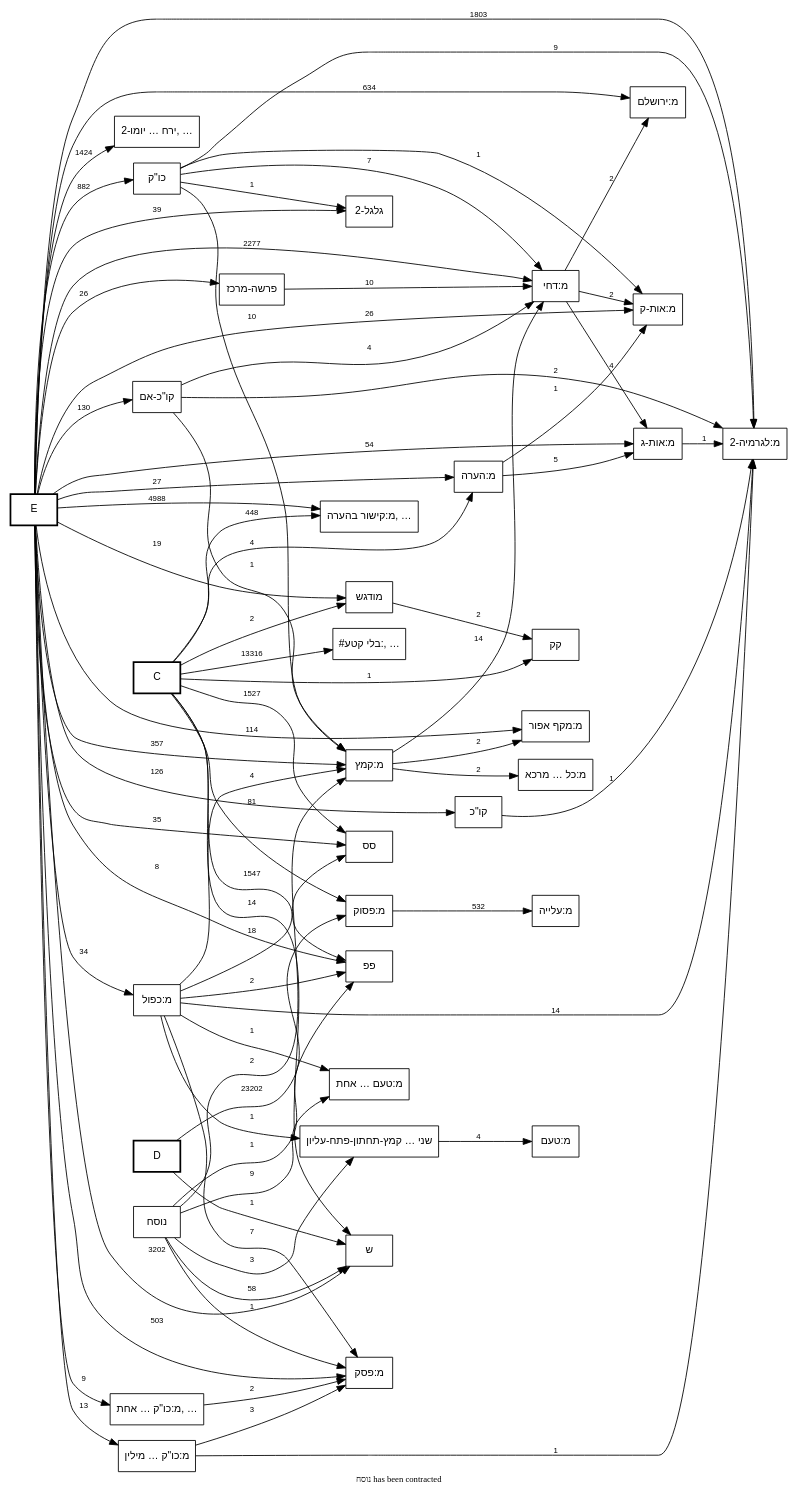
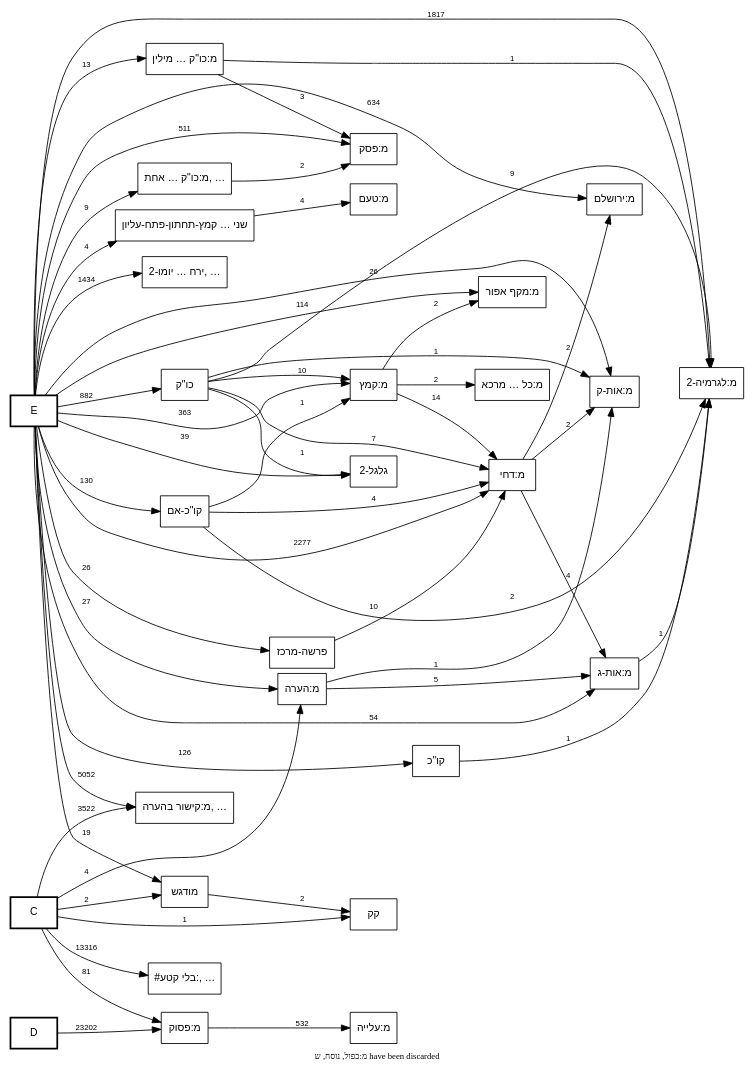
One commit to bdenckla/MAM-basics changed the diagram in out/MAM-tmpl-survey/plain-call-graph.dot. Above: the diagram before and after it, drawn with Graphviz. The commit also changed 13 other files, not shown here.

First line of the commit message:
Add focused call graphs for נוסח and מ:כפול, deep-discard מ:הערה

```diff
--- a/out/MAM-tmpl-survey/plain-call-graph.dot
+++ b/out/MAM-tmpl-survey/plain-call-graph.dot
@@ -1,183 +1,165 @@
 digraph template_call_graph {
     rankdir=LR;
     node [fontname="SBL Hebrew,Helvetica", fontsize=12];
     edge [fontname="Helvetica", fontsize=9];
 
     // Column nodes
     node [shape=box, style=bold];
     "C";
     "D";
     "E";
 
     // Template nodes
     node [shape=box, style=""];
     "#בלי קטע:" [label="#בלי קטע:, …", tooltip="#בלי קטע:
 #בלי קטע:דברי הימים א טז/טעמים
 #בלי קטע:דברים לב/טעמים
 #בלי קטע:יהושע יב/טעמים
 #בלי קטע:מלכי כנען/צורת השיר
 #בלי קטע:עשרת בני המן/צורת השיר
 #בלי קטע:שופטים ה/טעמים
 #בלי קטע:שירת אסף/צורת השיר
 #בלי קטע:שירת דבורה/צורת השיר
 #בלי קטע:שירת דוד/צורת השיר
 #בלי קטע:שירת האזינו/צורת השיר
 #בלי קטע:שירת הים/צורת השיר
 #בלי קטע:שירת העתים/צורת השיר
 #בלי קטע:שמואל ב כב/טעמים
 #בלי קטע:שמות טו/טעמים
 #קטע:אסתר ט/טעמים
 #קטע:דברי הימים א טז/טעמים
 #קטע:דברים לב/טעמים
 #קטע:יהושע יב/טעמים
 #קטע:מלכי כנען/צורות נוספות
 #קטע:מלכי כנען/צורת השיר
 #קטע:עשרת בני המן/צורות נוספות
 #קטע:עשרת בני המן/צורת השיר
 #קטע:עשרת הדברות בסיס/טעמים
 #קטע:עשרת הדברות/טעמים
 #קטע:קהלת ג/טעמים
 #קטע:שירת אסף/צורות נוספות
 #קטע:שירת אסף/צורת השיר
 #קטע:שירת דבורה/צורות נוספות
 #קטע:שירת דבורה/צורת השיר
 #קטע:שירת דוד/צורות נוספות
 #קטע:שירת דוד/צורת השיר
 #קטע:שירת האזינו/צורות נוספות
 #קטע:שירת האזינו/צורת השיר
 #קטע:שירת הים/צורות נוספות
 #קטע:שירת הים/צורת השיר
 #קטע:שירת העתים/צורות נוספות
 #קטע:שירת העתים/צורת השיר
 #קטע:שמות טו/טעמים
 בסיס-משתמש
 טעמי המקרא באינטרנט
 מ:אין פרשה בתחילת פרק
 מ:אין פרשה בתחילת פרק בספרי אמ\"ת
 מ:אין רווח של פרשה בתחילת פרשת השבוע
 מ:טעמי המקרא
 מ:טעמי המקרא-סוף
 מ:יישור-בשני-הצדדים
 מ:יישור-בשני-הצדדים-סוף
 מ:סיום בטוב
 מ:ספר חדש
 מ:רווח בתרי עשר
 מ:רווח בתרי עשר בפסוק הראשון
 מ:רווח לספר בתהלים
 מ:רווח לספר בתהלים בפסוק הראשון
 מ:שוליים
 מ:שוליים-סוף
 ניווט טעמים
 עוגן בשורה
 צורות כתיבה בספרי אמ\"ת
 ר4"];
     "ירח בן יומו-2" [label="ירח … יומו-2, …", tooltip="ירח בן יומו-2
 כתיב ולא קרי
 מ:אות מנוקדת
 מ:אות תלויה
 מ:גרש ותלישא גדולה
 מ:גרשיים ותלישא גדולה
+מ:טעם ומתג באות אחת
 מ:ירושלמה
 מ:כו\"ק בין שני מקפים
 מ:כו\"ק כתיב מילה חדה וקרי תרתין מילין בין שני מקפים
 מ:כו\"ק כתיב תרתין מילין וקרי מילה חדה
 מ:כו\"ק קרי שונה מהכתיב בשתי מילים
 מ:כו\"ק של שלוש מילים בהערה אחת
 מ:נו\"ן הפוכה
 מ:צינור
 מ:קו\"כ קרי שונה מהכתיב בשתי מילים
 מ:קישור פנימי בהערה
 קרי ולא כתיב
 ר0
 ר2
 ר3
 רווח בסוף שורה"];
-    "מ:טעם ומתג באות אחת" [label="מ:טעם … אחת", tooltip="מ:טעם ומתג באות אחת"];
     "מ:כו\"ק כתיב מילה חדה וקרי תרתין מילין" [label="מ:כו\"ק … מילין", tooltip="מ:כו\"ק כתיב מילה חדה וקרי תרתין מילין"];
     "מ:כו\"ק של שתי מילים בהערה אחת" [label="מ:כו\"ק … אחת, …", tooltip="מ:כו\"ק של שתי מילים בהערה אחת
 מ:קו\"כ כתיב מילה חדה וקרי תרתין מילין"];
     "מ:כל קמץ קטן מרכא" [label="מ:כל … מרכא", tooltip="מ:כל קמץ קטן מרכא"];
     "מ:קישור בהערה" [label="מ:קישור בהערה, …", tooltip="מ:קישור בהערה
 מ:ששש
+סס
 ססס
+פפ
 פפפ
 ר1"];
     "שני טעמים באות אחת קמץ-תחתון-פתח-עליון" [label="שני … קמץ-תחתון-פתח-עליון", tooltip="שני טעמים באות אחת קמץ-תחתון-פתח-עליון"];
 
     // Note
-    graph [label="נוסח has been contracted", labelloc=b, fontsize=10];
+    graph [label="מ:כפול, נוסח, ש have been discarded", labelloc=b, fontsize=10];
 
     // Edges
     "C" -> "#בלי קטע:" [label="13316"];
     "C" -> "מ:הערה" [label="4"];
     "C" -> "מ:פסוק" [label="81"];
-    "C" -> "מ:קישור בהערה" [label="448"];
+    "C" -> "מ:קישור בהערה" [label="3522"];
     "C" -> "מודגש" [label="2"];
-    "C" -> "סס" [label="1527"];
-    "C" -> "פפ" [label="1547"];
     "C" -> "קק" [label="1"];
-    "C" -> "ש" [label="14"];
     "D" -> "מ:פסוק" [label="23202"];
-    "D" -> "ש" [label="1"];
     "E" -> "גלגל-2" [label="39"];
-    "E" -> "ירח בן יומו-2" [label="1424"];
+    "E" -> "ירח בן יומו-2" [label="1434"];
     "E" -> "כו\"ק" [label="882"];
     "E" -> "מ:אות-ג" [label="54"];
     "E" -> "מ:אות-ק" [label="26"];
     "E" -> "מ:דחי" [label="2277"];
     "E" -> "מ:הערה" [label="27"];
     "E" -> "מ:ירושלם" [label="634"];
     "E" -> "מ:כו\"ק כתיב מילה חדה וקרי תרתין מילין" [label="13"];
     "E" -> "מ:כו\"ק של שתי מילים בהערה אחת" [label="9"];
-    "E" -> "מ:כפול" [label="34"];
-    "E" -> "מ:לגרמיה-2" [label="1803"];
+    "E" -> "מ:לגרמיה-2" [label="1817"];
     "E" -> "מ:מקף אפור" [label="114"];
-    "E" -> "מ:פסק" [label="503"];
-    "E" -> "מ:קישור בהערה" [label="4988"];
-    "E" -> "מ:קמץ" [label="357"];
+    "E" -> "מ:פסק" [label="511"];
+    "E" -> "מ:קישור בהערה" [label="5052"];
+    "E" -> "מ:קמץ" [label="363"];
     "E" -> "מודגש" [label="19"];
-    "E" -> "סס" [label="35"];
-    "E" -> "פפ" [label="8"];
     "E" -> "פרשה-מרכז" [label="26"];
     "E" -> "קו\"כ" [label="126"];
     "E" -> "קו\"כ-אם" [label="130"];
-    "E" -> "ש" [label="3202"];
+    "E" -> "שני טעמים באות אחת קמץ-תחתון-פתח-עליון" [label="4"];
     "כו\"ק" -> "גלגל-2" [label="1"];
     "כו\"ק" -> "מ:אות-ק" [label="1"];
     "כו\"ק" -> "מ:דחי" [label="7"];
     "כו\"ק" -> "מ:לגרמיה-2" [label="9"];
     "כו\"ק" -> "מ:קמץ" [label="10"];
     "מ:אות-ג" -> "מ:לגרמיה-2" [label="1"];
     "מ:דחי" -> "מ:אות-ג" [label="4"];
     "מ:דחי" -> "מ:אות-ק" [label="2"];
     "מ:דחי" -> "מ:ירושלם" [label="2"];
     "מ:הערה" -> "מ:אות-ג" [label="5"];
     "מ:הערה" -> "מ:אות-ק" [label="1"];
     "מ:כו\"ק כתיב מילה חדה וקרי תרתין מילין" -> "מ:לגרמיה-2" [label="1"];
     "מ:כו\"ק כתיב מילה חדה וקרי תרתין מילין" -> "מ:פסק" [label="3"];
     "מ:כו\"ק של שתי מילים בהערה אחת" -> "מ:פסק" [label="2"];
-    "מ:כפול" -> "מ:טעם ומתג באות אחת" [label="1"];
-    "מ:כפול" -> "מ:לגרמיה-2" [label="14"];
-    "מ:כפול" -> "מ:פסק" [label="7"];
-    "מ:כפול" -> "מ:קמץ" [label="4"];
-    "מ:כפול" -> "סס" [label="18"];
-    "מ:כפול" -> "פפ" [label="2"];
-    "מ:כפול" -> "שני טעמים באות אחת קמץ-תחתון-פתח-עליון" [label="1"];
     "מ:פסוק" -> "מ:עלייה" [label="532"];
     "מ:קמץ" -> "מ:דחי" [label="14"];
     "מ:קמץ" -> "מ:כל קמץ קטן מרכא" [label="2"];
     "מ:קמץ" -> "מ:מקף אפור" [label="2"];
     "מודגש" -> "קק" [label="2"];
-    "נוסח" -> "מ:טעם ומתג באות אחת" [label="9"];
-    "נוסח" -> "מ:פסק" [label="1"];
-    "נוסח" -> "מ:קמץ" [label="2"];
-    "נוסח" -> "פפ" [label="1"];
-    "נוסח" -> "ש" [label="58"];
-    "נוסח" -> "שני טעמים באות אחת קמץ-תחתון-פתח-עליון" [label="3"];
     "פרשה-מרכז" -> "מ:דחי" [label="10"];
     "קו\"כ" -> "מ:לגרמיה-2" [label="1"];
     "קו\"כ-אם" -> "מ:דחי" [label="4"];
     "קו\"כ-אם" -> "מ:לגרמיה-2" [label="2"];
     "קו\"כ-אם" -> "מ:קמץ" [label="1"];
     "שני טעמים באות אחת קמץ-תחתון-פתח-עליון" -> "מ:טעם" [label="4"];
 }
```
